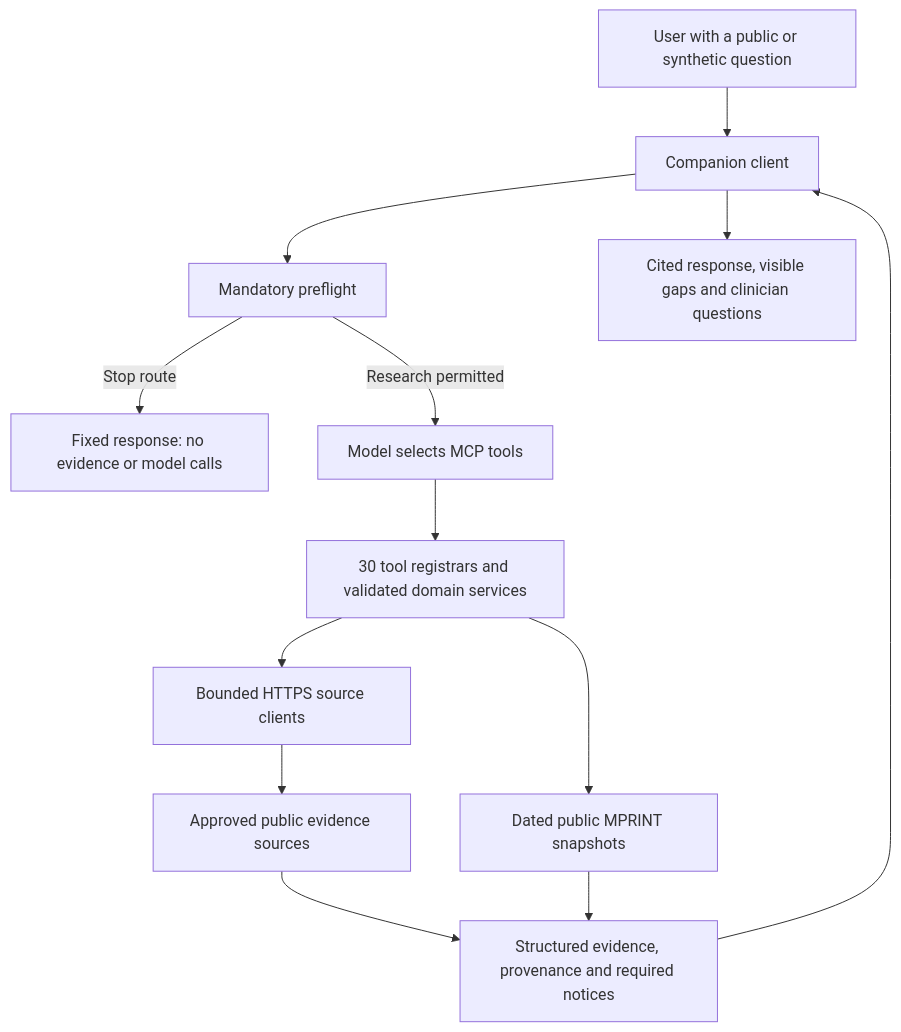
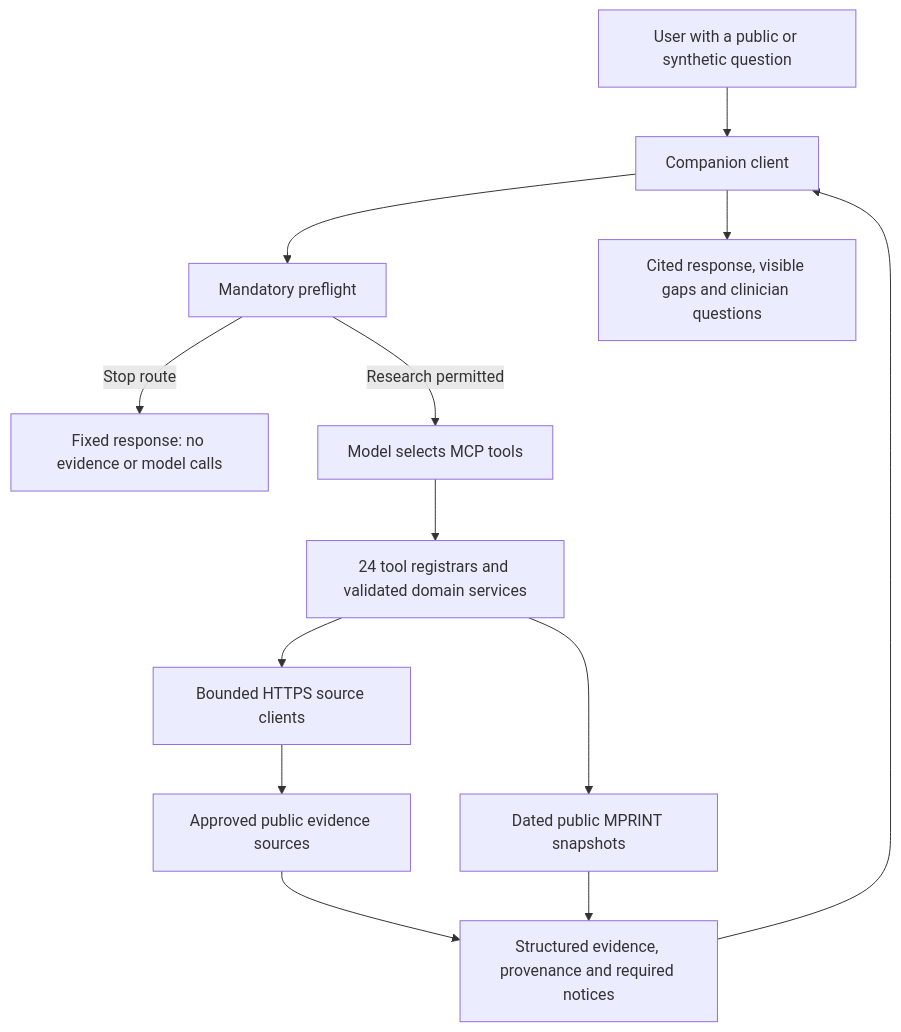
The diagram in README.md (gpiat333/Parent-Child-Pharmacology-MCP), drawn with Mermaid before and after one commit. The commit also changed other lines of this file and 66 other files, not shown here.

````diff
--- a/README.md
+++ b/README.md
@@ -124,15 +124,15 @@
 ```mermaid
 flowchart TD
     U[User with a public or synthetic question] --> C[Companion client]
     C --> P[Mandatory preflight]
     P -->|Stop route| F[Fixed response: no evidence or model calls]
     P -->|Research permitted| M[Model selects MCP tools]
-    M --> T[30 tool registrars and validated domain services]
+    M --> T[24 tool registrars and validated domain services]
     T --> H[Bounded HTTPS source clients]
     T --> S[Dated public MPRINT snapshots]
     H --> A[Approved public evidence sources]
     A --> E[Structured evidence, provenance and required notices]
     S --> E
     E --> C
     C --> O[Cited response, visible gaps and clinician questions]
 ```
````
